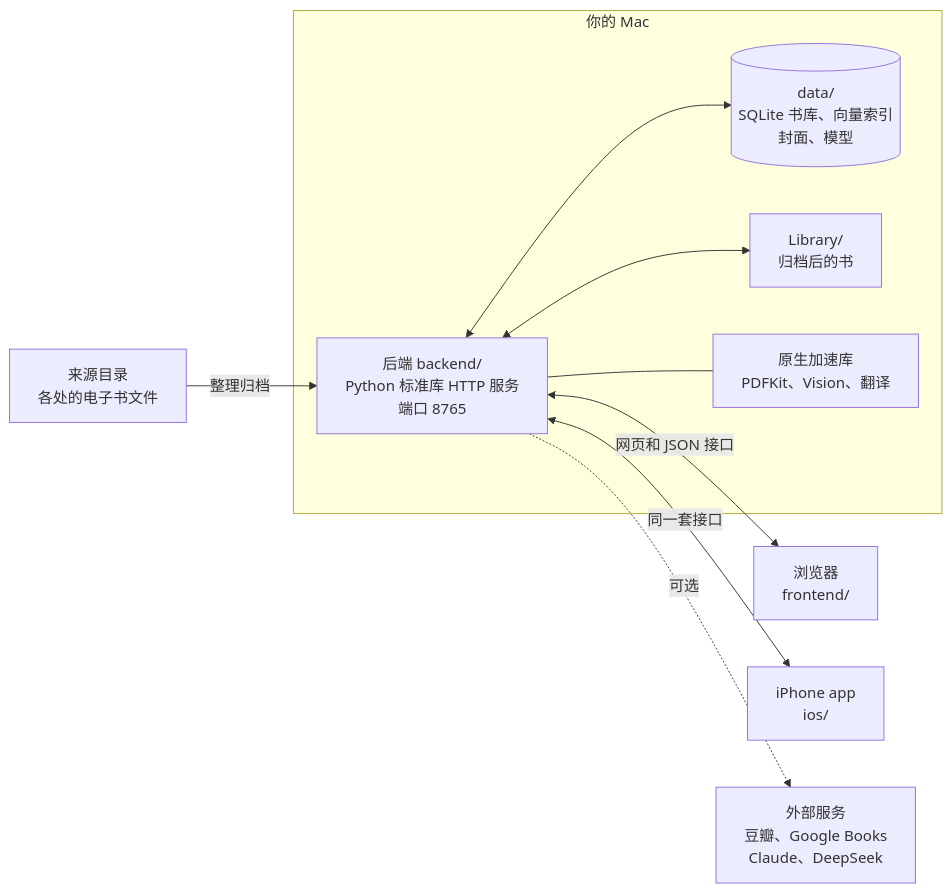
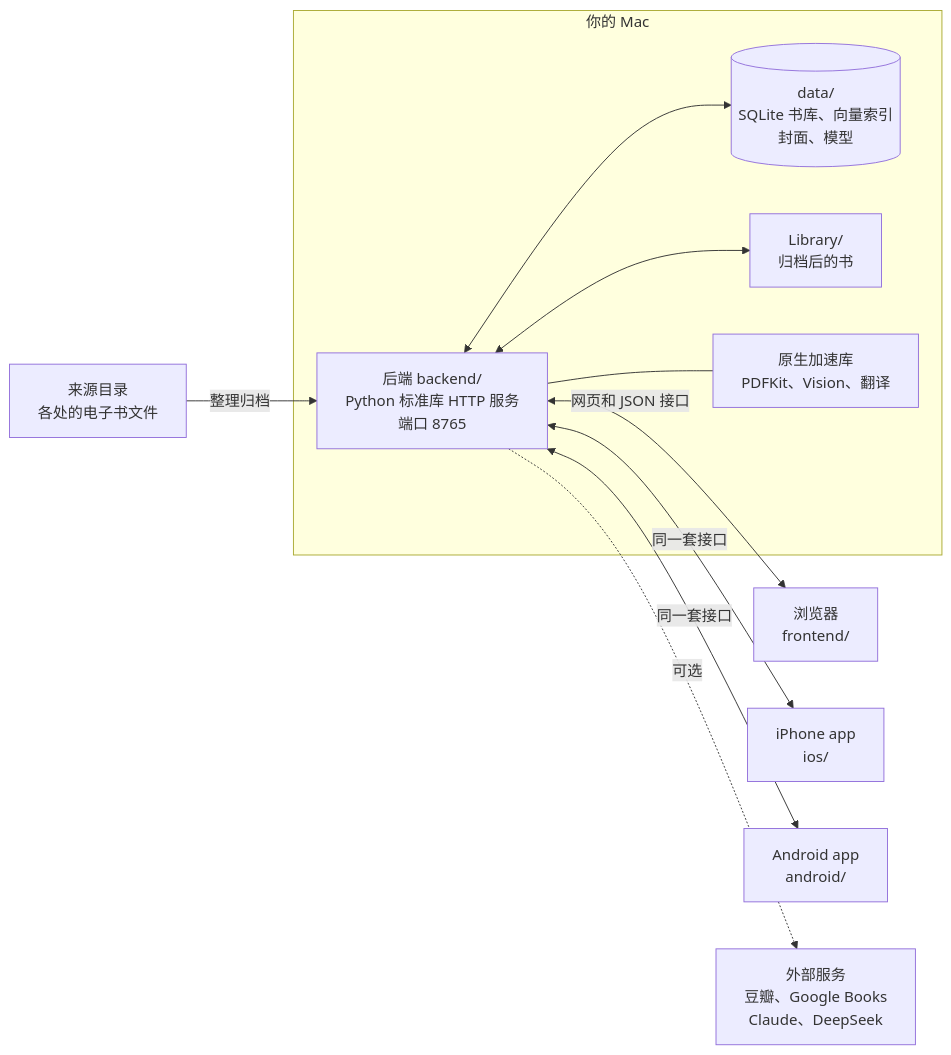
Before and after one commit to xingyeah/smart-library: the diagram in README.md, drawn with Mermaid. The commit also changed other lines of this file and 11 other files, not shown here.

````diff
--- a/README.md
+++ b/README.md
@@ -52,16 +52,17 @@
 ```mermaid
 flowchart LR
     sources["来源目录<br/>各处的电子书文件"] -->|整理归档| backend
     subgraph mac["你的 Mac"]
         backend["后端 backend/<br/>Python 标准库 HTTP 服务<br/>端口 8765"]
         data[("data/<br/>SQLite 书库、向量索引<br/>封面、模型")]
         library["Library/<br/>归档后的书"]
         native["原生加速库<br/>PDFKit、Vision、翻译"]
         backend <--> data
         backend <--> library
         backend --- native
     end
     backend <-->|网页和 JSON 接口| web["浏览器<br/>frontend/"]
     backend <-->|同一套接口| ios["iPhone app<br/>ios/"]
+    backend <-->|同一套接口| android["Android app<br/>android/"]
     backend -.->|可选| cloud["外部服务<br/>豆瓣、Google Books<br/>Claude、DeepSeek"]
 ```
````
